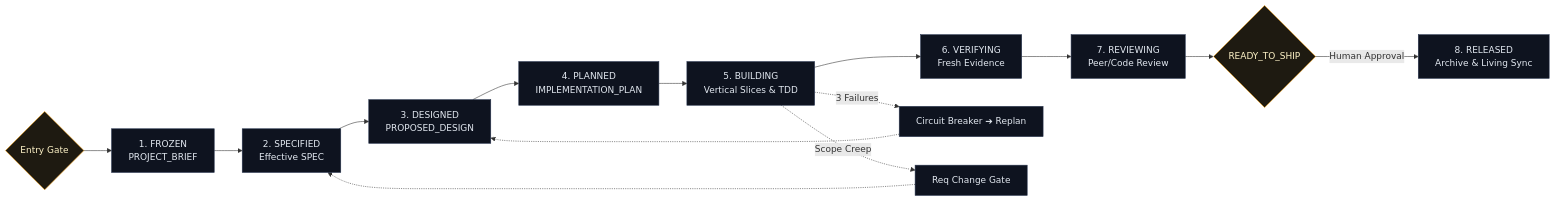
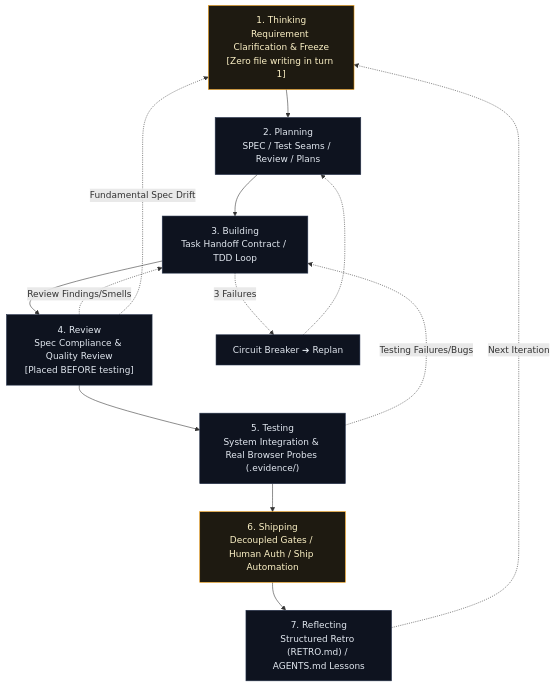
One commit to sz-xiaohuolong/vibe-workflow changed the diagram in README.md. Above: the diagram before and after it, drawn with Mermaid. The commit also changed other lines of this file and 19 other files, not shown here.

````diff
--- a/README.md
+++ b/README.md
@@ -76,22 +76,21 @@
 ```mermaid
-flowchart LR
-    Gate{Entry Gate} --> Freeze[1. FROZEN<br/>PROJECT_BRIEF]
-    Freeze --> Spec[2. SPECIFIED<br/>Effective SPEC]
-    Spec --> Design[3. DESIGNED<br/>PROPOSED_DESIGN]
-    Design --> Plan[4. PLANNED<br/>IMPLEMENTATION_PLAN]
-    Plan --> Build[5. BUILDING<br/>Vertical Slices & TDD]
-    Build --> Verify[6. VERIFYING<br/>Fresh Evidence]
-    Verify --> Review[7. REVIEWING<br/>Peer/Code Review]
-    Review --> Ready{READY_TO_SHIP}
-    Ready -->|Human Approval| Ship[8. RELEASED<br/>Archive & Living Sync]
+flowchart TD
+    S1["1. Thinking<br/>Requirement Clarification & Freeze<br/>[Zero file writing in turn 1]"] --> S2["2. Planning<br/>SPEC / Test Seams / Review / Plans"]
+    S2 --> S3["3. Building<br/>Task Handoff Contract / TDD Loop"]
+    S3 --> S4["4. Review<br/>Spec Compliance & Quality Review<br/>[Placed BEFORE testing]"]
+    S4 --> S5["5. Testing<br/>System Integration & Real Browser Probes (.evidence/)"]
+    S5 --> S6["6. Shipping<br/>Decoupled Gates / Human Auth / Ship Automation"]
+    S6 --> S7["7. Reflecting<br/>Structured Retro (RETRO.md) / AGENTS.md Lessons"]
+    S7 -.->|Next Iteration| S1
 
     %% Failure recovery loops
-    Build -.->|3 Failures| CB[Circuit Breaker ➔ Replan]
-    CB -.-> Design
-    Build -.->|Scope Creep| RG[Req Change Gate]
-    RG -.-> Spec
+    S3 -.->|3 Failures| CB[Circuit Breaker ➔ Replan]
+    CB -.-> S2
+    S4 -.->|Review Findings/Smells| S3
+    S5 -.->|Testing Failures/Bugs| S3
+    S4 -.->|Fundamental Spec Drift| S1
 
     classDef default fill:#0e131f,stroke:#26334d,color:#e2e8f0;
     classDef gate fill:#1e1a11,stroke:#f59e0b,color:#fef3c7;
-    class Gate,Ready gate;
+    class S1,S6 gate;
 ```
````
